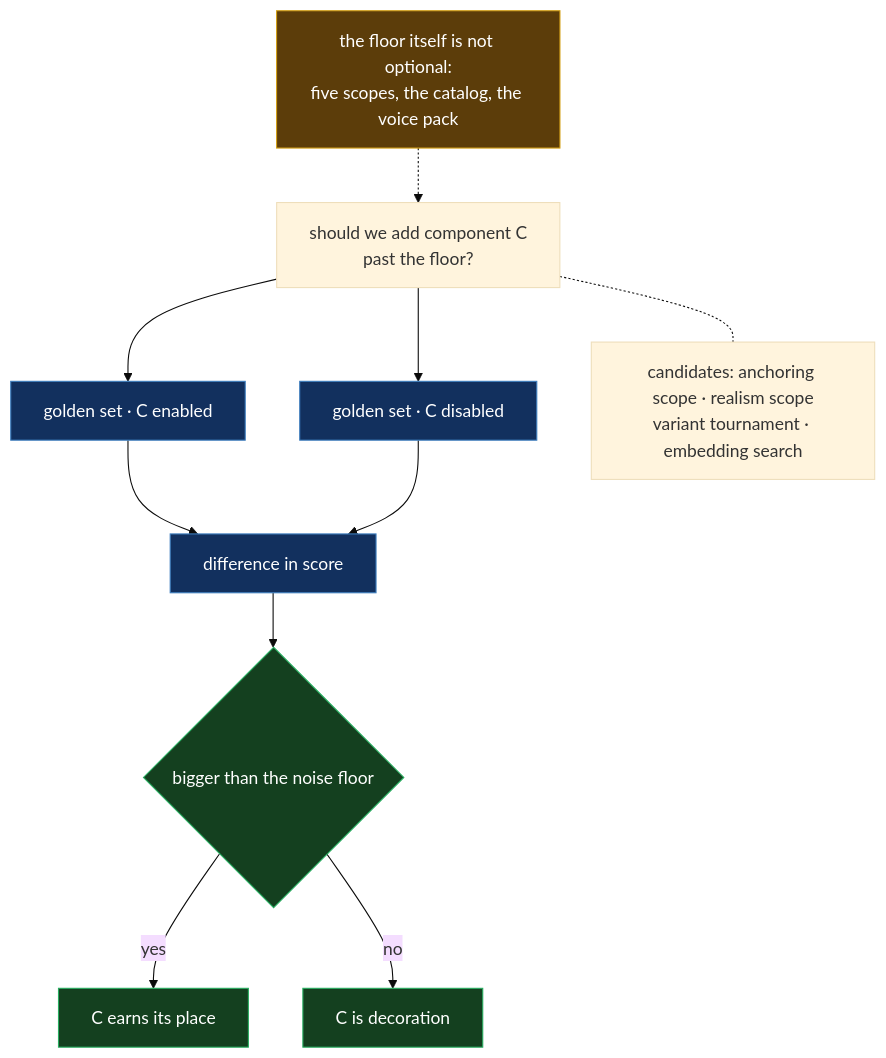
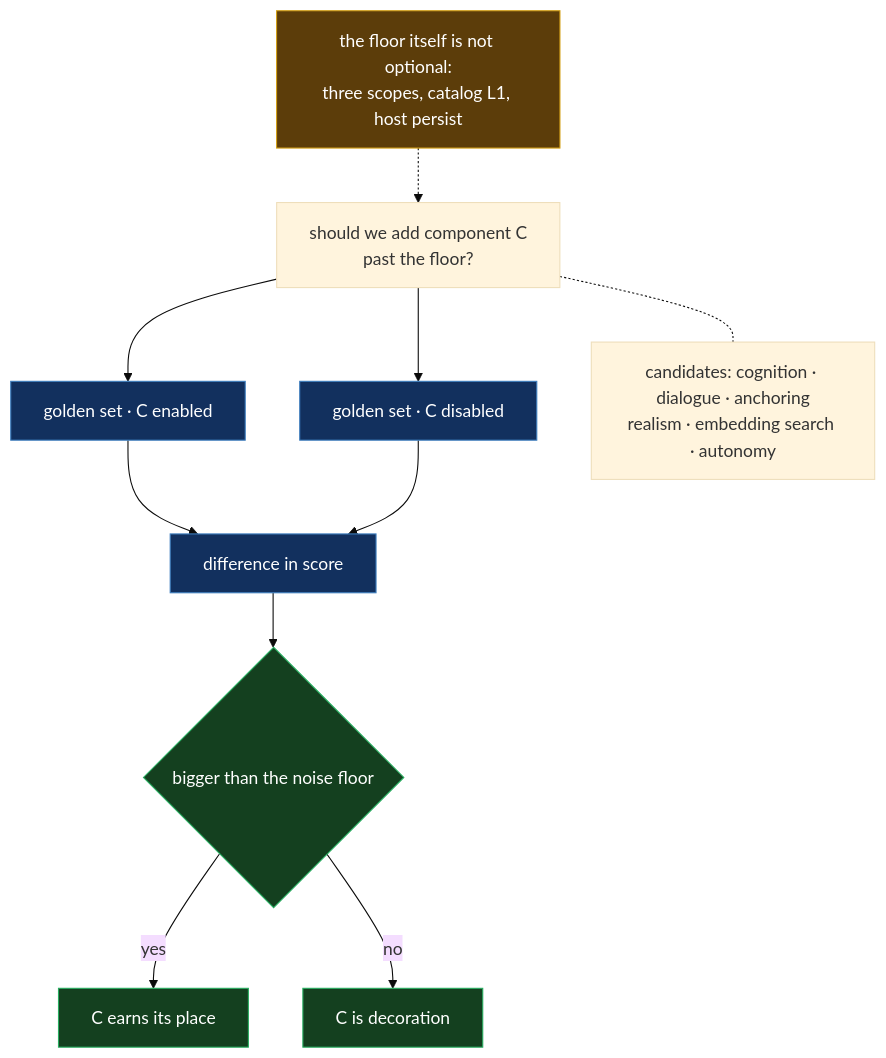
Before and after one commit to jsroga/nomos: the ninth of 10 diagrams in .spec/opus/architecture-review/diagrams.md, drawn with Mermaid (base theme). The commit also changed other lines of this file and 14 other files, not shown here.

Commit message:
doc(spec): architecture plan second opinion

````diff
--- a/.spec/opus/architecture-review/diagrams.md
+++ b/.spec/opus/architecture-review/diagrams.md
@@ -321,26 +320,26 @@
 ```mermaid
 flowchart TD
     Q["should we add component C<br/>past the floor?"]
     Q --> ON["golden set · C enabled"]
     Q --> OFF["golden set · C disabled"]
 
     ON --> DIFF["difference in score"]
     OFF --> DIFF
 
     DIFF --> CMP{"bigger than the noise floor"}
     CMP -->|"yes"| KEEP["C earns its place"]
     CMP -->|"no"| DROP["C is decoration"]
 
-    EX["candidates: anchoring scope · realism scope<br/>variant tournament · embedding search"]
+    EX["candidates: cognition · dialogue · anchoring<br/>realism · embedding search · autonomy"]
     Q -.- EX
 
-    FLOOR["the floor itself is not optional:<br/>five scopes, the catalog, the voice pack"]
+    FLOOR["the floor itself is not optional:<br/>three scopes, catalog L1, host persist"]
     FLOOR -.-> Q
 
     classDef host fill:#12305e,stroke:#3d7ebf,color:#fff
     classDef gate fill:#14401f,stroke:#27ae60,color:#fff
     classDef vibe fill:#5c3d0a,stroke:#d4a017,color:#fff
     class ON,OFF,DIFF host
     class CMP,KEEP,DROP gate
     class FLOOR vibe
 ```
````
